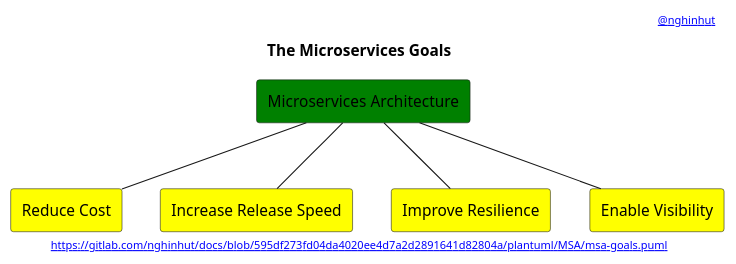
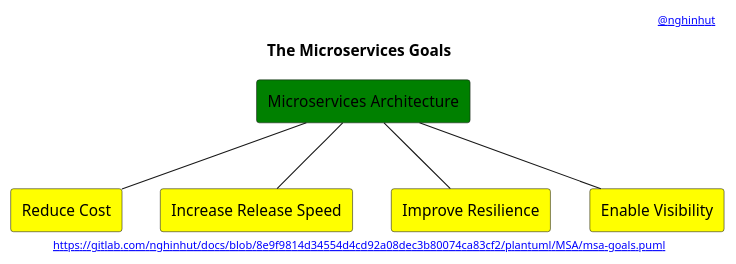
Before and after one commit to nghinhut/docs: the diagram in plantuml/MSA/msa-goals.puml, drawn with PlantUML. The commit also changed 28 other files, not shown here.

```diff
--- a/plantuml/MSA/msa-goals.puml
+++ b/plantuml/MSA/msa-goals.puml
@@ -1,21 +1,21 @@
 @startuml
 '-----START auto generated metadata please keep comment here to allow auto update-----
 '-----DON'T EDIT THIS SECTION, INSTEAD RE-RUN prebuild.sh TO UPDATE-----
-header [[https://www.nghinhut.dev?from=http%5C%3A%5C%2F%5C%2Fwww%5C.plantuml%5C.com%5C%2Fplantuml%5C%2Fproxy%3Ffmt%3Dsvg%5C%26src%3Dhttps%5C%3A%5C%2F%5C%2Fgitlab%5C.com%5C%2Fnghinhut%5C%2Fdocs%5C%2Fraw%5C%2F595df273fd04da4020ee4d7a2d2891641d82804a%5C%2Fplantuml%5C%2FMSA%5C%2Fmsa-goals%5C.puml%0A @nghinhut]]
-footer [[http://www.plantuml.com/plantuml/proxy?fmt=svg&src=https://gitlab.com/nghinhut/docs/raw/595df273fd04da4020ee4d7a2d2891641d82804a/plantuml/MSA/msa-goals.puml https://gitlab.com/nghinhut/docs/blob/595df273fd04da4020ee4d7a2d2891641d82804a/plantuml/MSA/msa-goals.puml]]
+header [[https://www.nghinhut.dev?from=http%5C%3A%5C%2F%5C%2Fwww%5C.plantuml%5C.com%5C%2Fplantuml%5C%2Fproxy%3Ffmt%3Dsvg%5C%26src%3Dhttps%5C%3A%5C%2F%5C%2Fgitlab%5C.com%5C%2Fnghinhut%5C%2Fdocs%5C%2Fraw%5C%2F8e9f9814d34554d4cd92a08dec3b80074ca83cf2%5C%2Fplantuml%5C%2FMSA%5C%2Fmsa-goals%5C.puml%0A @nghinhut]]
+footer [[http://www.plantuml.com/plantuml/proxy?fmt=svg&src=https://gitlab.com/nghinhut/docs/raw/8e9f9814d34554d4cd92a08dec3b80074ca83cf2/plantuml/MSA/msa-goals.puml https://gitlab.com/nghinhut/docs/blob/8e9f9814d34554d4cd92a08dec3b80074ca83cf2/plantuml/MSA/msa-goals.puml]]
 '-----END auto generated metadata please keep comment here to allow auto update-----
 title The Microservices Goals
 
 rectangle "Microservices Architecture" as msa #green
 
 rectangle "Reduce Cost" as goal1 #yellow
 rectangle "Increase Release Speed" as goal2 #yellow
 rectangle "Improve Resilience" as goal3 #yellow
 rectangle "Enable Visibility" as goal4 #yellow
 
 msa -- goal1
 msa -- goal2
 msa -- goal3
 msa -- goal4
 
 @enduml
```
